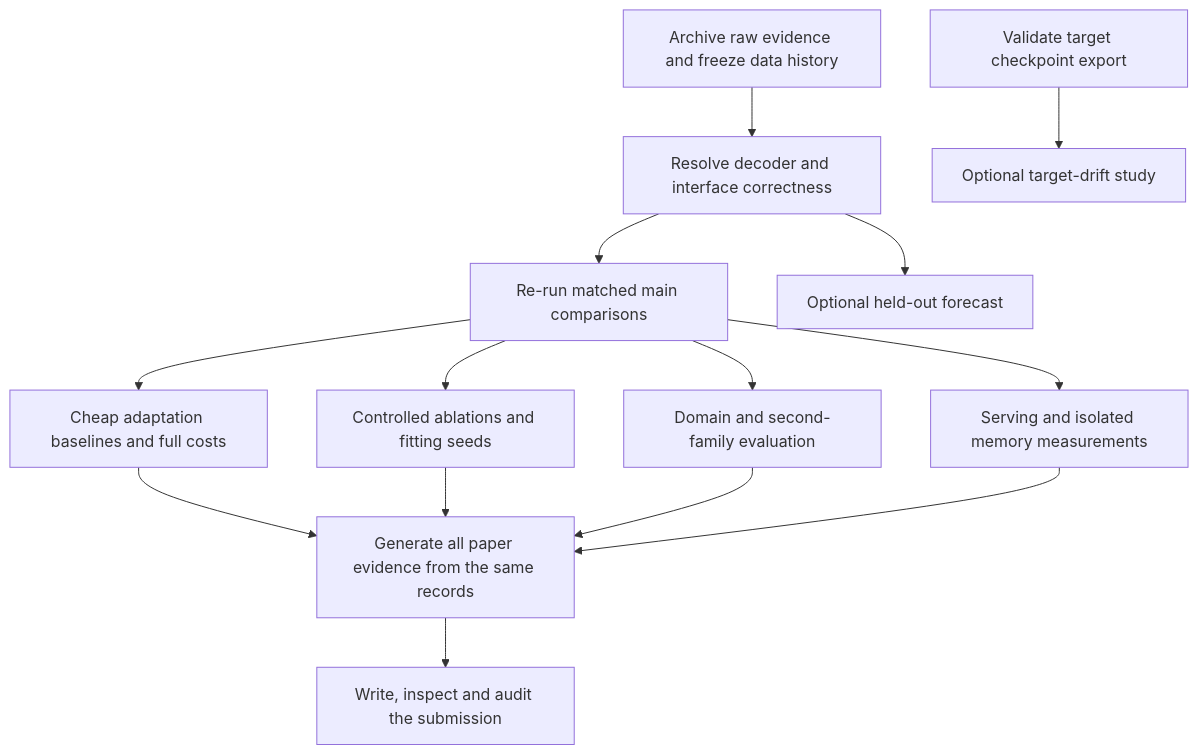
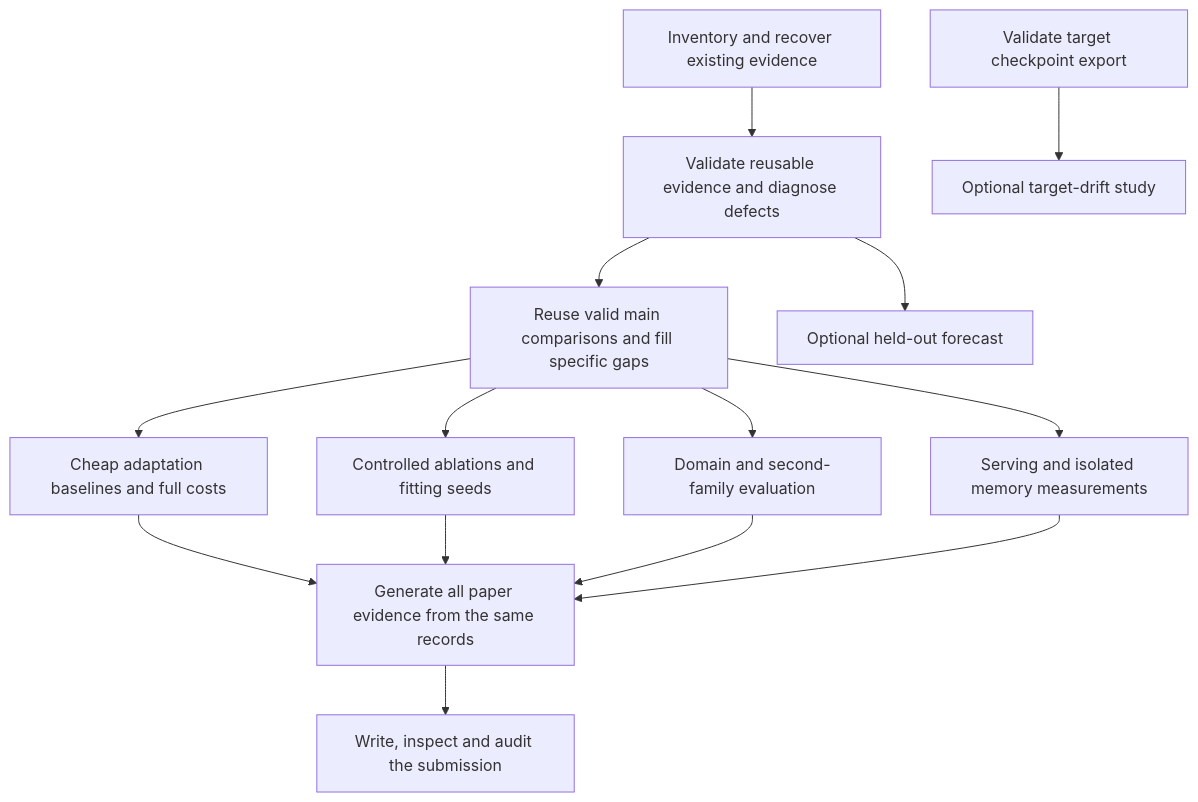
The diagram in docs/plans/2026-09-05-relayspec-evidence-execution-plan.md (AryamaVMurthy/RelaySpec), drawn with Mermaid before and after one commit. The commit also changed other lines of this file and 4 other files, not shown here.

Commit message:
Require reuse of valid evidence and justify any experiment reruns

````diff
--- a/docs/plans/2026-09-05-relayspec-evidence-execution-plan.md
+++ b/docs/plans/2026-09-05-relayspec-evidence-execution-plan.md
@@ -21,16 +33,16 @@
 ```mermaid
 flowchart TD
-  A[Archive raw evidence and freeze data history] --> B[Resolve decoder and interface correctness]
-  B --> C[Re-run matched main comparisons]
+  A[Inventory and recover existing evidence] --> B[Validate reusable evidence and diagnose defects]
+  B --> C[Reuse valid main comparisons and fill specific gaps]
   C --> D[Cheap adaptation baselines and full costs]
   C --> E[Controlled ablations and fitting seeds]
   C --> F[Domain and second-family evaluation]
   C --> G[Serving and isolated memory measurements]
   D --> H[Generate all paper evidence from the same records]
   E --> H
   F --> H
   G --> H
   H --> I[Write, inspect and audit the submission]
   B --> J[Optional held-out forecast]
   K[Validate target checkpoint export] --> L[Optional target-drift study]
 ```
````
